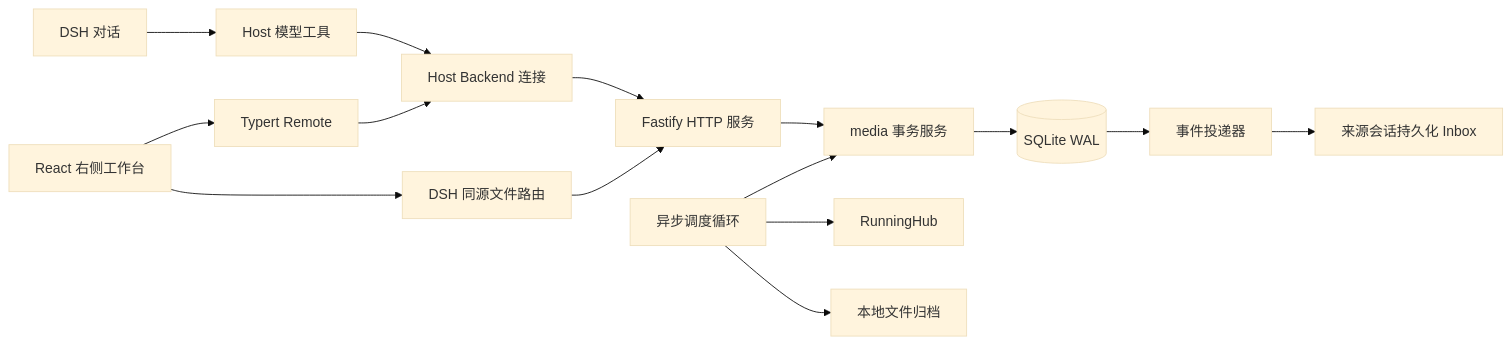
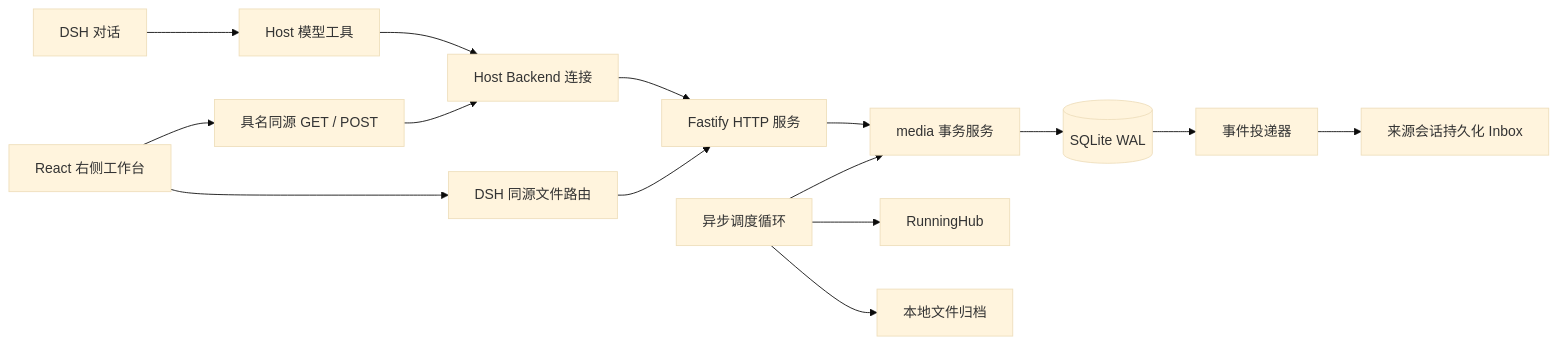
The diagram in docs/模块与运行逻辑.md (aidenli/dsh-atelier), drawn with Mermaid (base theme) before and after one commit. The commit also changed other lines of this file and 58 other files, not shown here.

````diff
--- a/docs/模块与运行逻辑.md
+++ b/docs/模块与运行逻辑.md
@@ -7,17 +7,17 @@
 ```mermaid
 flowchart LR
   Chat[DSH 对话] --> Tools[Host 模型工具]
-  UI[React 右侧工作台] --> Remote[Typert Remote]
+  UI[React 右侧工作台] --> Remote[具名同源 GET / POST]
   Tools --> Bridge[Host Backend 连接]
   Remote --> Bridge
   UI --> Files[DSH 同源文件路由]
   Files --> Node[Fastify HTTP 服务]
   Bridge --> Node
   Node --> Media[media 事务服务]
   Media --> DB[(SQLite WAL)]
   Runner[异步调度循环] --> Media
   Runner --> RH[RunningHub]
   Runner --> Archive[本地文件归档]
   DB --> Notices[事件投递器]
   Notices --> Inbox[来源会话持久化 Inbox]
 ```
````
